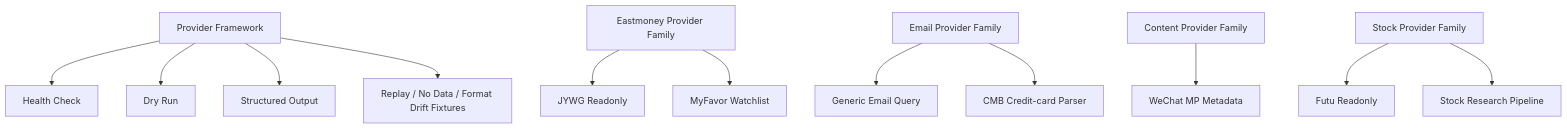
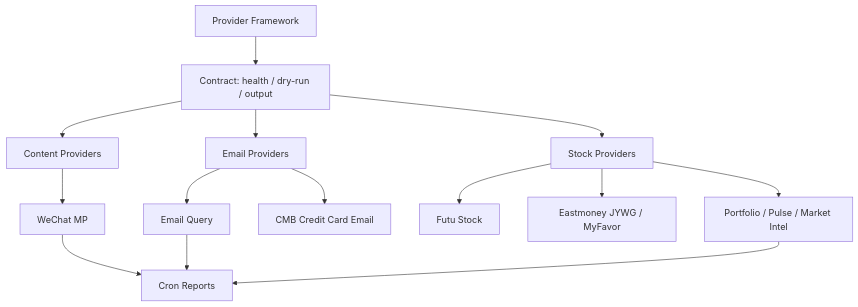
One commit to yuanyunfan/miniclaw changed the first of 2 diagrams in website/en/capabilities/providers.md. Above: the diagram before and after it, drawn with Mermaid. The commit also changed other lines of this file and 16 other files, not shown here.

````diff
--- a/website/en/capabilities/providers.md
+++ b/website/en/capabilities/providers.md
@@ -30,14 +26,16 @@
 ```mermaid
 flowchart TD
-  ProviderFramework[Provider Framework] --> Health[Health Check]
-  ProviderFramework --> DryRun[Dry Run]
-  ProviderFramework --> Output[Structured Output]
-  ProviderFramework --> Fixtures[Replay / No Data / Format Drift Fixtures]
-  Eastmoney[Eastmoney Provider Family] --> JYWG[JYWG Readonly]
-  Eastmoney --> MyFavor[MyFavor Watchlist]
-  Email[Email Provider Family] --> EmailQuery[Generic Email Query]
-  Email --> CMB[CMB Credit-card Parser]
-  Content[Content Provider Family] --> WeChat[WeChat MP Metadata]
-  Stock[Stock Provider Family] --> Futu[Futu Readonly]
-  Stock --> Research[Stock Research Pipeline]
+  Framework[Provider Framework] --> Contract[Contract: health / dry-run / output]
+  Contract --> Content[Content Providers]
+  Contract --> Email[Email Providers]
+  Contract --> Stock[Stock Providers]
+  Content --> WeChat[WeChat MP]
+  Email --> Query[Email Query]
+  Email --> CMB[CMB Credit Card Email]
+  Stock --> Futu[Futu Stock]
+  Stock --> Eastmoney[Eastmoney JYWG / MyFavor]
+  Stock --> Research[Portfolio / Pulse / Market Intel]
+  Research --> Cron[Cron Reports]
+  Query --> Cron
+  WeChat --> Cron
 ```
````
